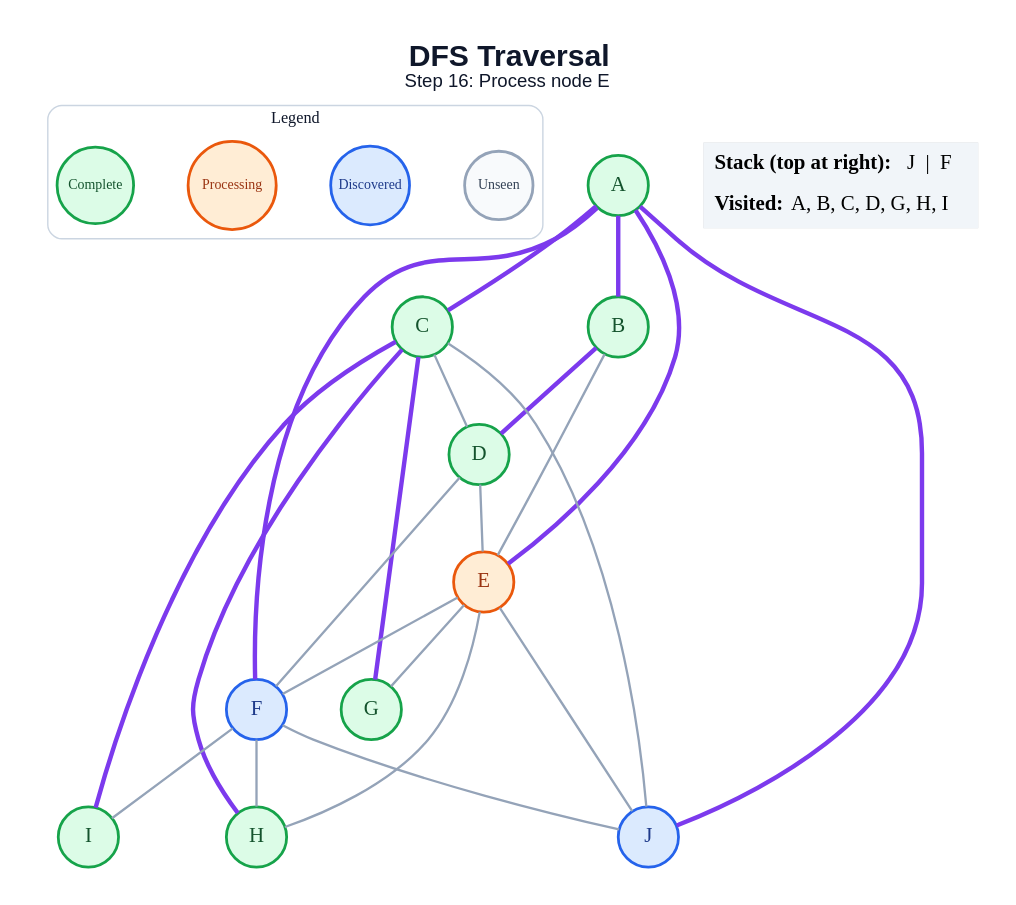
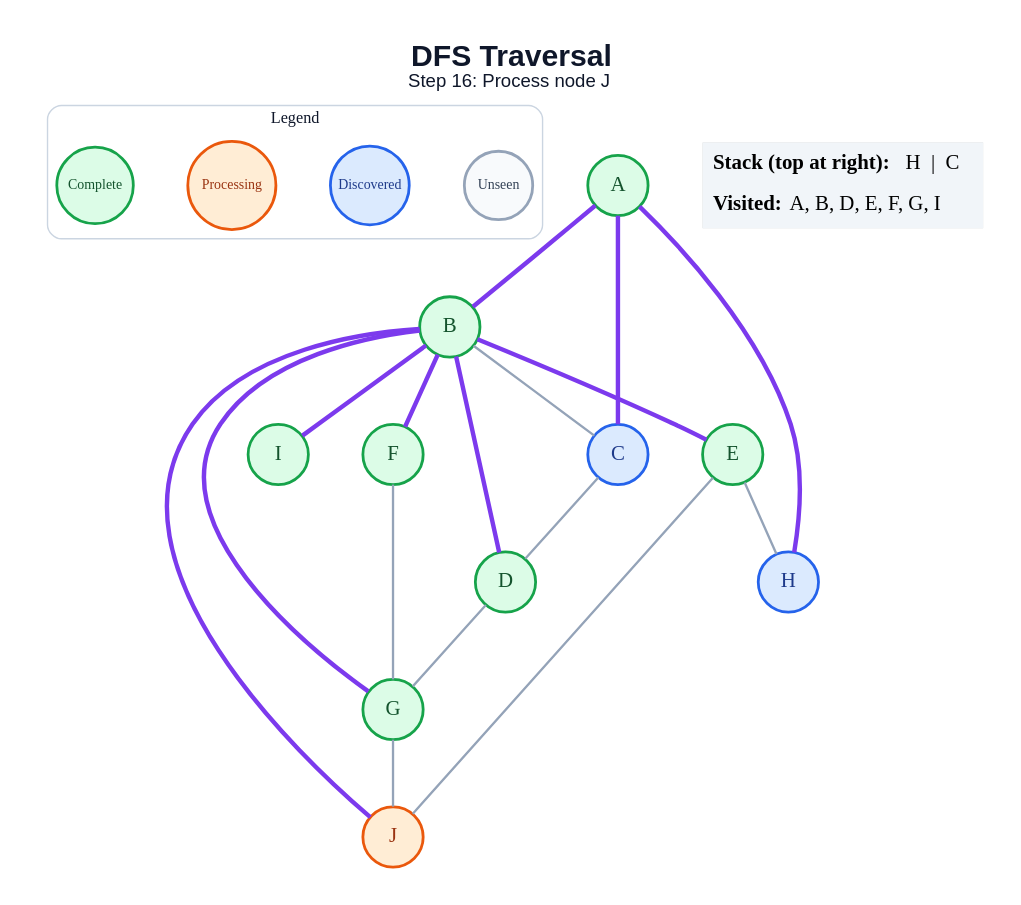
Before and after one commit to amanghodawala9/ai-slop: the diagram in generated/dfs/step_16.dot, drawn with Graphviz. The commit also changed 178 other files, not shown here.

```diff
--- a/generated/dfs/step_16.dot
+++ b/generated/dfs/step_16.dot
@@ -1,50 +1,45 @@
 graph traversal {
   graph [layout=dot, rankdir=TB, bgcolor="#FFFFFF", pad="0.35", nodesep="0.65", ranksep="0.8", fontname="Arial"];
   node [shape=circle, style="filled", fontname="Arial Bold", fontsize=18, width=0.72, fixedsize=true, penwidth=2.4];
   edge [color="#94A3B8", penwidth=2.0];
-  label=<<B>DFS Traversal</B><BR/><FONT POINT-SIZE="16">Step 16: Process node E</FONT>>; labelloc="t"; fontsize=26; fontname="Arial"; fontcolor="#0F172A";
+  label=<<B>DFS Traversal</B><BR/><FONT POINT-SIZE="16">Step 16: Process node J</FONT>>; labelloc="t"; fontsize=26; fontname="Arial"; fontcolor="#0F172A";
   subgraph cluster_legend { label="Legend"; color="#CBD5E1"; penwidth=1.2; style="rounded"; fontsize=14; fontname="Arial Bold";
     key_unseen [label="Unseen", fillcolor="#F8FAFC", color="#94A3B8", fontcolor="#334155", fontsize=12, width=0.82];
     key_frontier [label="Discovered", fillcolor="#DBEAFE", color="#2563EB", fontcolor="#1E3A8A", fontsize=12, width=0.95];
     key_current [label="Processing", fillcolor="#FFEDD5", color="#EA580C", fontcolor="#9A3412", fontsize=12, width=1.05];
     key_done [label="Complete", fillcolor="#DCFCE7", color="#16A34A", fontcolor="#14532D", fontsize=12, width=0.92];
     { rank=same; key_unseen; key_frontier; key_current; key_done; }
   }
   A [fillcolor="#DCFCE7", color="#16A34A", fontcolor="#14532D"];
   B [fillcolor="#DCFCE7", color="#16A34A", fontcolor="#14532D"];
-  C [fillcolor="#DCFCE7", color="#16A34A", fontcolor="#14532D"];
+  C [fillcolor="#DBEAFE", color="#2563EB", fontcolor="#1E3A8A"];
   D [fillcolor="#DCFCE7", color="#16A34A", fontcolor="#14532D"];
-  E [fillcolor="#FFEDD5", color="#EA580C", fontcolor="#9A3412"];
-  F [fillcolor="#DBEAFE", color="#2563EB", fontcolor="#1E3A8A"];
+  E [fillcolor="#DCFCE7", color="#16A34A", fontcolor="#14532D"];
+  F [fillcolor="#DCFCE7", color="#16A34A", fontcolor="#14532D"];
   G [fillcolor="#DCFCE7", color="#16A34A", fontcolor="#14532D"];
-  H [fillcolor="#DCFCE7", color="#16A34A", fontcolor="#14532D"];
+  H [fillcolor="#DBEAFE", color="#2563EB", fontcolor="#1E3A8A"];
   I [fillcolor="#DCFCE7", color="#16A34A", fontcolor="#14532D"];
-  J [fillcolor="#DBEAFE", color="#2563EB", fontcolor="#1E3A8A"];
+  J [fillcolor="#FFEDD5", color="#EA580C", fontcolor="#9A3412"];
   A -- B [color="#7C3AED", penwidth=3.8];
   A -- C [color="#7C3AED", penwidth=3.8];
-  A -- E [color="#7C3AED", penwidth=3.8];
-  A -- F [color="#7C3AED", penwidth=3.8];
-  A -- J [color="#7C3AED", penwidth=3.8];
+  A -- H [color="#7C3AED", penwidth=3.8];
+  B -- C;
   B -- D [color="#7C3AED", penwidth=3.8];
-  B -- E;
+  B -- E [color="#7C3AED", penwidth=3.8];
+  B -- F [color="#7C3AED", penwidth=3.8];
+  B -- G [color="#7C3AED", penwidth=3.8];
+  B -- I [color="#7C3AED", penwidth=3.8];
+  B -- J [color="#7C3AED", penwidth=3.8];
   C -- D;
-  C -- G [color="#7C3AED", penwidth=3.8];
-  C -- H [color="#7C3AED", penwidth=3.8];
-  C -- I [color="#7C3AED", penwidth=3.8];
-  C -- J;
-  D -- E;
-  D -- F;
-  E -- F;
-  E -- G;
+  D -- G;
   E -- H;
   E -- J;
-  F -- H;
-  F -- I;
-  F -- J;
+  F -- G;
+  G -- J;
   status [shape=plain, fixedsize=false, width=0, height=0, margin=0, label=<
     <TABLE BORDER="0" CELLBORDER="0" CELLPADDING="7" BGCOLOR="#F1F5F9">
-      <TR><TD ALIGN="LEFT"><B>Stack (top at right):</B> J  |  F</TD></TR>
-      <TR><TD ALIGN="LEFT"><B>Visited:</B> A, B, C, D, G, H, I</TD></TR>
+      <TR><TD ALIGN="LEFT"><B>Stack (top at right):</B> H  |  C</TD></TR>
+      <TR><TD ALIGN="LEFT"><B>Visited:</B> A, B, D, E, F, G, I</TD></TR>
     </TABLE>
   >];
 }
```
